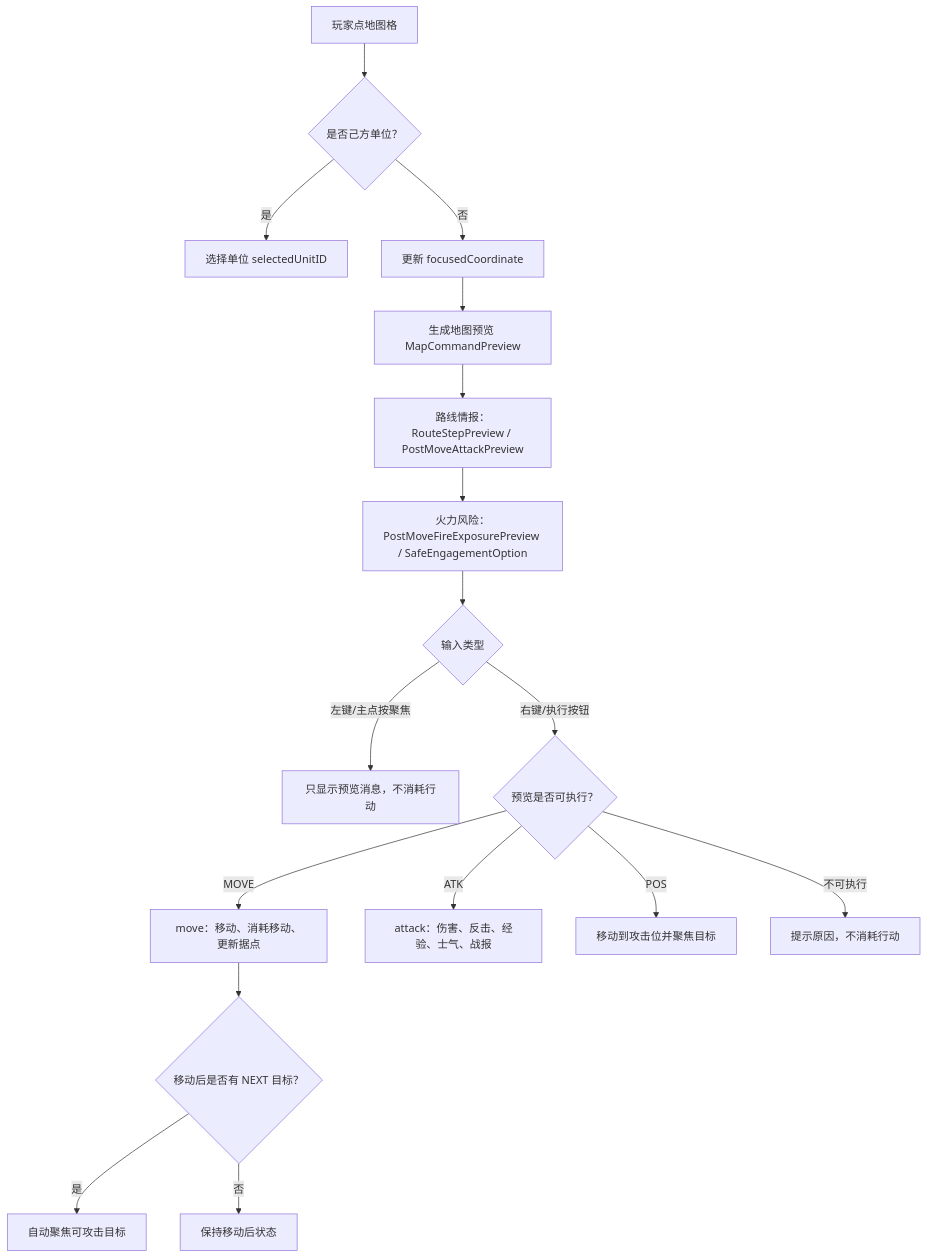
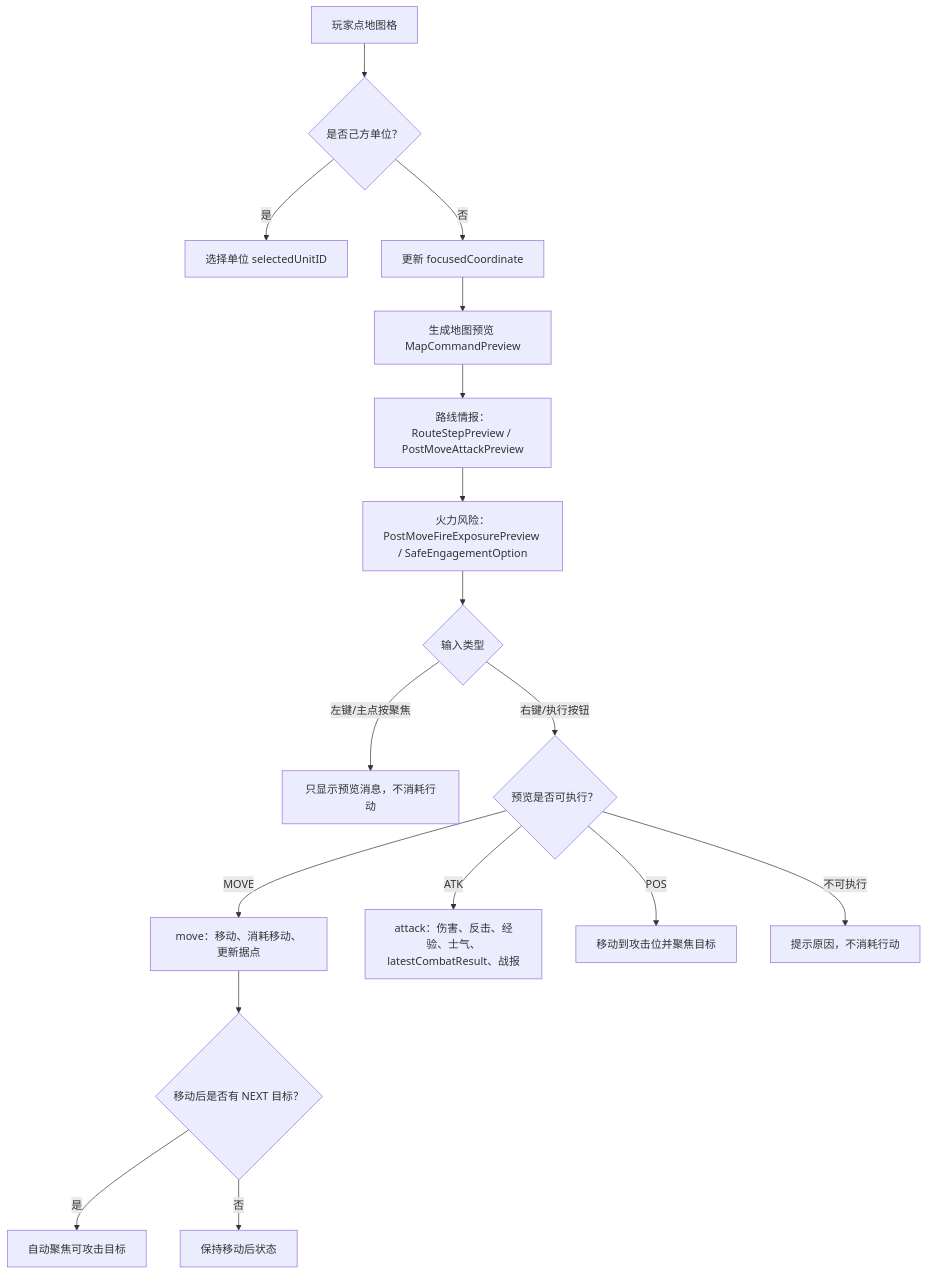
One commit to Altman-sam114/116 changed the second of 5 diagrams in md/flow/flowchart.md. Above: the diagram before and after it, drawn with Mermaid. The commit also changed other lines of this file and 9 other files, not shown here.

````diff
--- a/md/flow/flowchart.md
+++ b/md/flow/flowchart.md
@@ -26,19 +26,19 @@
 ```mermaid
 flowchart TD
   A["玩家点地图格"] --> B{"是否己方单位？"}
   B -->|是| C["选择单位 selectedUnitID"]
   B -->|否| D["更新 focusedCoordinate"]
   D --> E["生成地图预览 MapCommandPreview"]
   E --> R["路线情报：RouteStepPreview / PostMoveAttackPreview"]
   R --> X["火力风险：PostMoveFireExposurePreview / SafeEngagementOption"]
   X --> F{"输入类型"}
   F -->|左键/主点按聚焦| G["只显示预览消息，不消耗行动"]
   F -->|右键/执行按钮| H{"预览是否可执行？"}
   H -->|MOVE| I["move：移动、消耗移动、更新据点"]
-  H -->|ATK| J["attack：伤害、反击、经验、士气、战报"]
+  H -->|ATK| J["attack：伤害、反击、经验、士气、latestCombatResult、战报"]
   H -->|POS| K["移动到攻击位并聚焦目标"]
   H -->|不可执行| L["提示原因，不消耗行动"]
   I --> M{"移动后是否有 NEXT 目标？"}
   M -->|是| N["自动聚焦可攻击目标"]
   M -->|否| O["保持移动后状态"]
 ```
````
